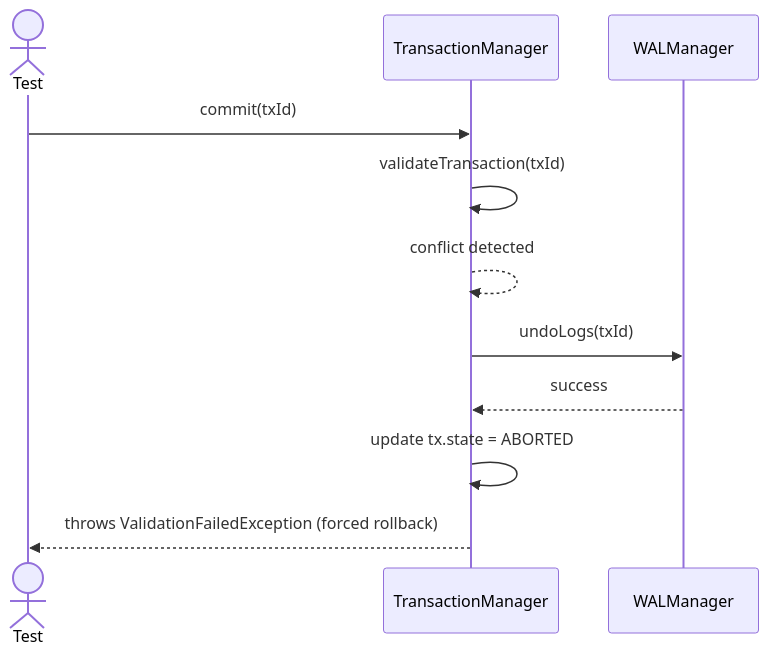
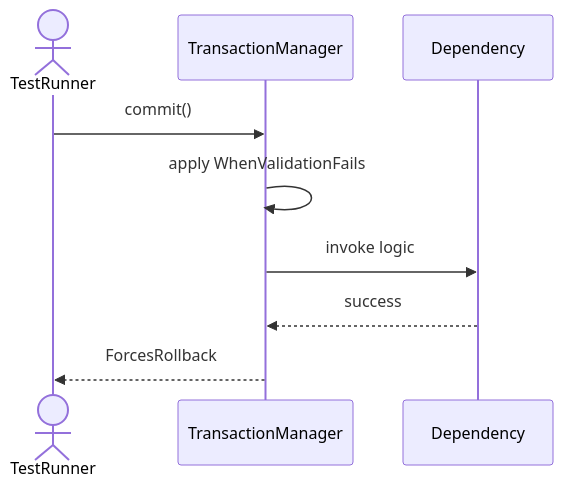
Before and after one commit to TamBui1706/DBMS: the fourth of 8 diagrams in Sequences/TransactionManagement/TransactionManager.md, drawn with Mermaid. The commit also changed other lines of this file and 63 other files, not shown here.

Commit message:
Draw sequence diagram for unit tests

````diff
--- a/Sequences/TransactionManagement/TransactionManager.md
+++ b/Sequences/TransactionManagement/TransactionManager.md
@@ -65,14 +61,10 @@
 ```mermaid
 sequenceDiagram
-    actor Test
+    actor TestRunner
     participant TransactionManager
-    participant WALManager
-
-    Test->>TransactionManager: commit(txId)
-    TransactionManager->>TransactionManager: validateTransaction(txId)
-    TransactionManager-->>TransactionManager: conflict detected
-    TransactionManager->>WALManager: undoLogs(txId)
-    WALManager-->>TransactionManager: success
-    TransactionManager->>TransactionManager: update tx.state = ABORTED
-    TransactionManager-->>Test: throws ValidationFailedException (forced rollback)
+    TestRunner->>TransactionManager: commit()
+    TransactionManager->>TransactionManager: apply WhenValidationFails
+    TransactionManager->>Dependency: invoke logic
+    Dependency-->>TransactionManager: success
+    TransactionManager-->>TestRunner: ForcesRollback
 ```
````
